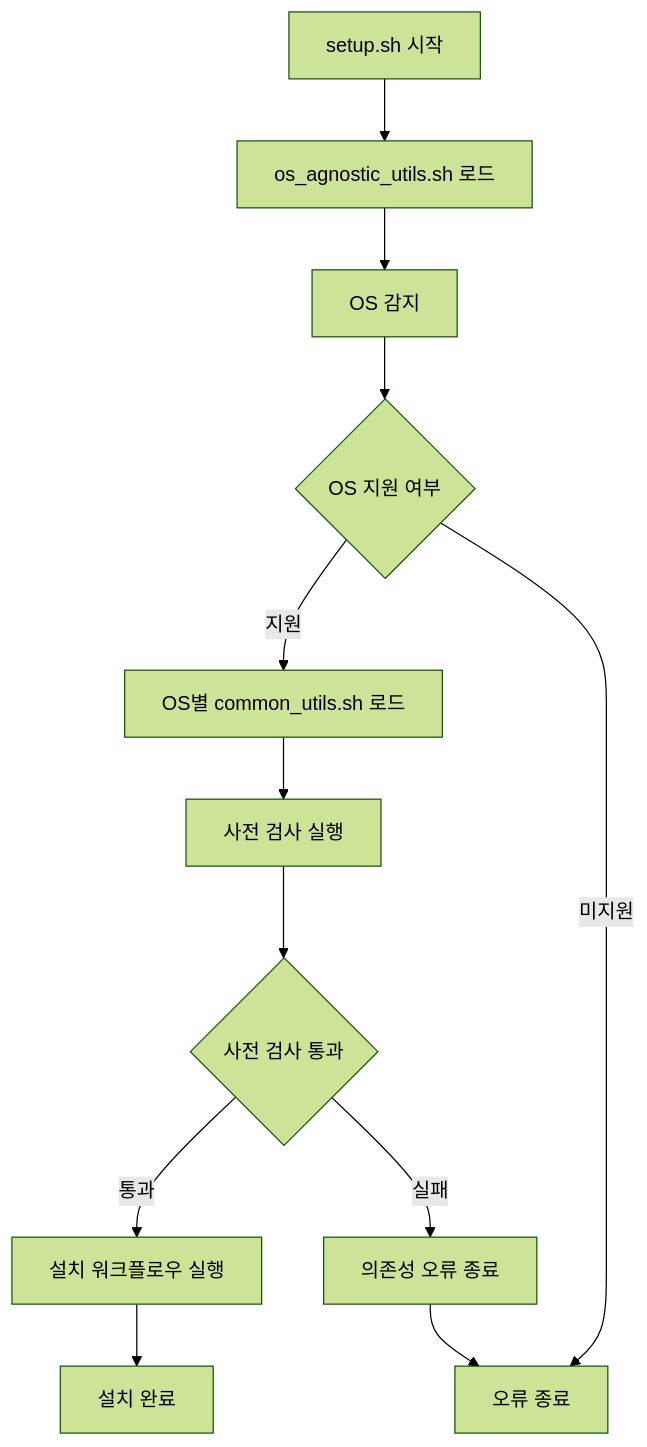
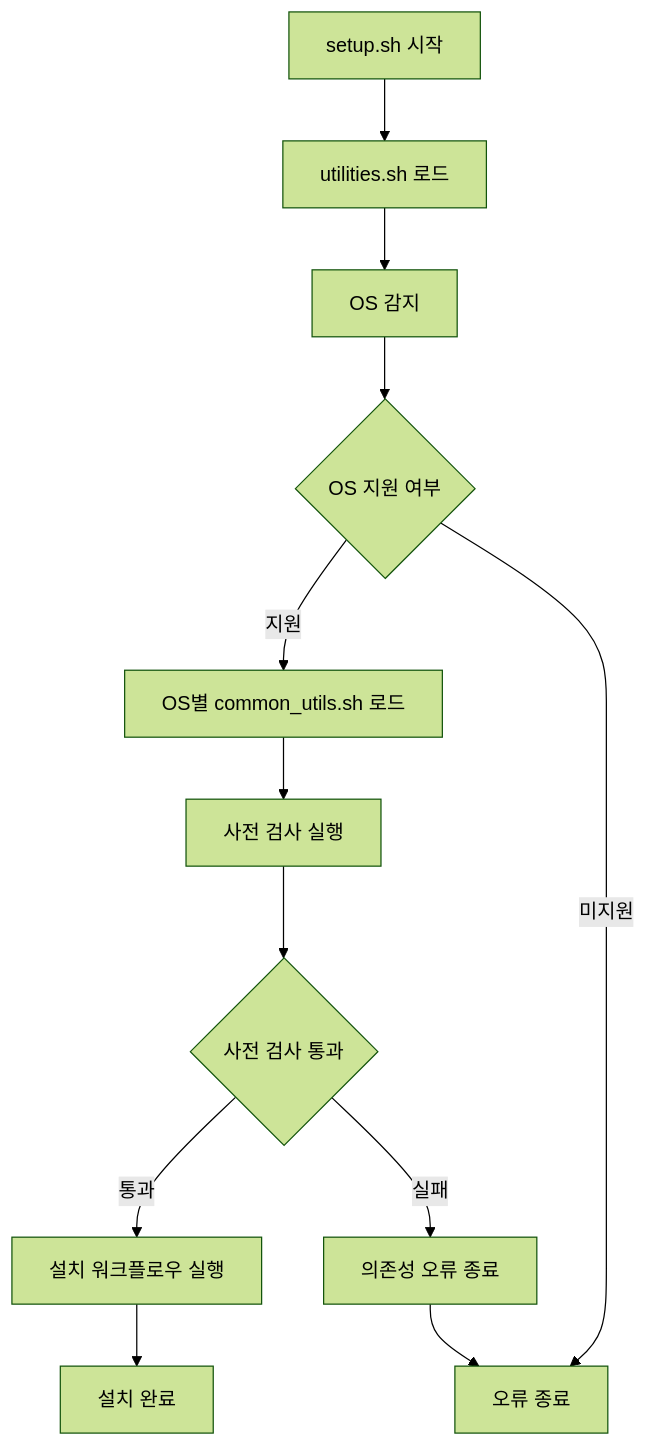
One commit to ultramuk/readable-code-cpp-development-environment changed the first of 12 diagrams in sub-branches/04-installation-flow.md. Above: the diagram before and after it, drawn with Mermaid (forest theme). The commit also changed 12 other files, not shown here.

````diff
--- a/sub-branches/04-installation-flow.md
+++ b/sub-branches/04-installation-flow.md
@@ -7,14 +7,14 @@
 ```mermaid
 graph TD
-    A[setup.sh 시작] --> B[os_agnostic_utils.sh 로드]
+    A[setup.sh 시작] --> B[utilities.sh 로드]
     B --> C[OS 감지]
     C --> D{OS 지원 여부}
     D -->|지원| E[OS별 common_utils.sh 로드]
     D -->|미지원| F[오류 종료]
     E --> G[사전 검사 실행]
     G --> H{사전 검사 통과}
     H -->|통과| I[설치 워크플로우 실행]
     H -->|실패| J[의존성 오류 종료]
     I --> K[설치 완료]
     J --> F
 ```
````
